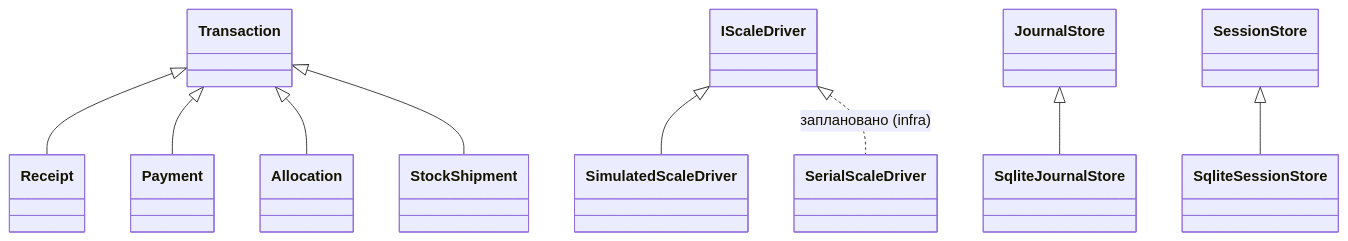
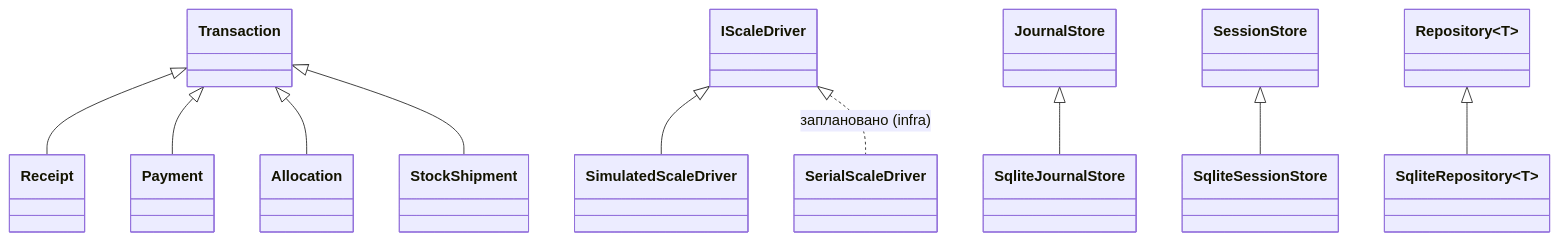
One commit to IsNazarii/Berry-WMS-Terminal changed the diagram in docs/course_mapping.md. Above: the diagram before and after it, drawn with Mermaid. The commit also changed other lines of this file and 7 other files, not shown here.

````diff
--- a/docs/course_mapping.md
+++ b/docs/course_mapping.md
@@ -38,11 +38,12 @@
 ```mermaid
 classDiagram
     Transaction <|-- Receipt
     Transaction <|-- Payment
     Transaction <|-- Allocation
     Transaction <|-- StockShipment
     IScaleDriver <|-- SimulatedScaleDriver
     IScaleDriver <|.. SerialScaleDriver : заплановано (infra)
     JournalStore <|-- SqliteJournalStore
     SessionStore <|-- SqliteSessionStore
+    Repository~T~ <|-- SqliteRepository~T~
 ```
````
